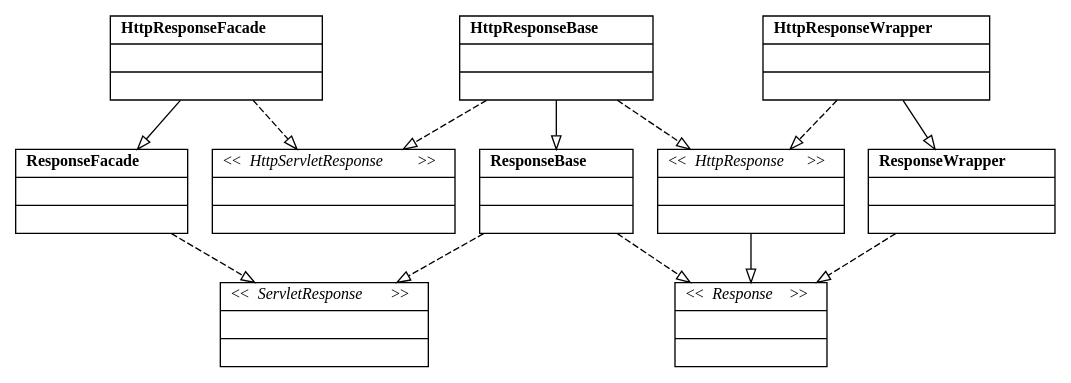
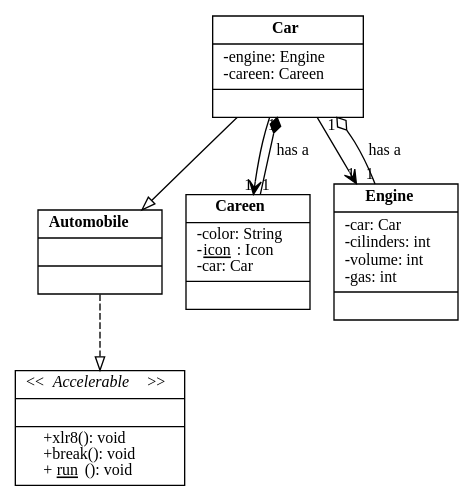
One commit to ruankotovich/JTD changed the diagram in diagram.dot. Above: the diagram before and after it, drawn with Graphviz. The commit also changed 8 other files, not shown here.

```diff
--- a/diagram.dot
+++ b/diagram.dot
@@ -1,51 +1,31 @@
 digraph {
 fontname = "Bitstream Vera Sans"
 fontsize = 12
 node [
 fontname = "Bitstream Vera Sans"
 fontsize = 12
 shape = "record"
 ]
 edge [
 fontname = "Bitstream Vera Sans"
 fontsize = 12
 ]
-1 [ label = <{<b>HttpResponseFacade</b>||}>]
-2 [ label = <{<b>HttpResponseWrapper</b>||}>]
-3 [ label = <{<b>ResponseFacade</b>||}>]
-4 [ label = <{<b>ResponseWrapper</b>||}>]
-5 [ label = <{<b>ResponseBase</b>||}>]
-6 [ label = <{<b>HttpResponseBase</b>||}>]
-7 [ label = <{&lt;&lt;<i>Response</i>&gt;&gt;||}>]
+1 [ label = <{<b>Automobile</b>||}>]
+2 [ label = <{<b>Car</b>|-engine: Engine<br align="left"/>-careen: Careen<br align="left"/>|}>]
+3 [ label = <{<b>Careen</b>|-color: String<br align="left"/>-<u>icon</u>: Icon<br align="left"/>-car: Car<br align="left"/>|}>]
+4 [ label = <{<b>Engine</b>|-car: Car<br align="left"/>-cilinders: int<br align="left"/>-volume: int<br align="left"/>-gas: int<br align="left"/>|}>]
+5 [ label = <{&lt;&lt;<i>Accelerable</i>&gt;&gt;||+xlr8(): void<br align="left"/>+break(): void<br align="left"/>+<u>run</u>(): void<br align="left"/>}>]
 
-8 [ label = <{&lt;&lt;<i>ServletResponse</i>&gt;&gt;||}>]
+1 -> 5 [style = "dashed" arrowhead = "onormal" dir = "forward" taillabel = "" headlabel = "" label = ""]
 
-9 [ label = <{&lt;&lt;<i>HttpResponse</i>&gt;&gt;||}>]
+2 -> 1 [style = "solid" arrowhead = "onormal" dir = "forward" taillabel = "" headlabel = "" label = ""]
 
-10 [ label = <{&lt;&lt;<i>HttpServletResponse</i>&gt;&gt;||}>]
+2 -> 3 [style = "solid" arrowhead = "open" dir = "forward" taillabel = "" headlabel = "1" label = ""]
 
-1 -> 3 [style = "solid" arrowhead = "onormal" dir = "forward" taillabel = "" headlabel = "" label = ""]
+2 -> 4 [style = "solid" arrowhead = "open" dir = "forward" taillabel = "" headlabel = "1" label = ""]
 
-1 -> 10 [style = "dashed" arrowhead = "onormal" dir = "forward" taillabel = "" headlabel = "" label = ""]
+3 -> 2 [style = "solid" arrowhead = "diamond" dir = "forward" taillabel = "1" headlabel = "1" label = "has a"]
 
-2 -> 4 [style = "solid" arrowhead = "onormal" dir = "forward" taillabel = "" headlabel = "" label = ""]
-
-2 -> 9 [style = "dashed" arrowhead = "onormal" dir = "forward" taillabel = "" headlabel = "" label = ""]
-
-3 -> 8 [style = "dashed" arrowhead = "onormal" dir = "forward" taillabel = "" headlabel = "" label = ""]
-
-4 -> 7 [style = "dashed" arrowhead = "onormal" dir = "forward" taillabel = "" headlabel = "" label = ""]
-
-5 -> 7 [style = "dashed" arrowhead = "onormal" dir = "forward" taillabel = "" headlabel = "" label = ""]
-
-5 -> 8 [style = "dashed" arrowhead = "onormal" dir = "forward" taillabel = "" headlabel = "" label = ""]
-
-6 -> 5 [style = "solid" arrowhead = "onormal" dir = "forward" taillabel = "" headlabel = "" label = ""]
-
-6 -> 9 [style = "dashed" arrowhead = "onormal" dir = "forward" taillabel = "" headlabel = "" label = ""]
-
-6 -> 10 [style = "dashed" arrowhead = "onormal" dir = "forward" taillabel = "" headlabel = "" label = ""]
-
-9 -> 7 [style = "solid" arrowhead = "onormal" dir = "forward" taillabel = "" headlabel = "" label = ""]
+4 -> 2 [style = "solid" arrowhead = "odiamond" dir = "forward" taillabel = "1" headlabel = "1" label = "has a"]
 
 }
```
